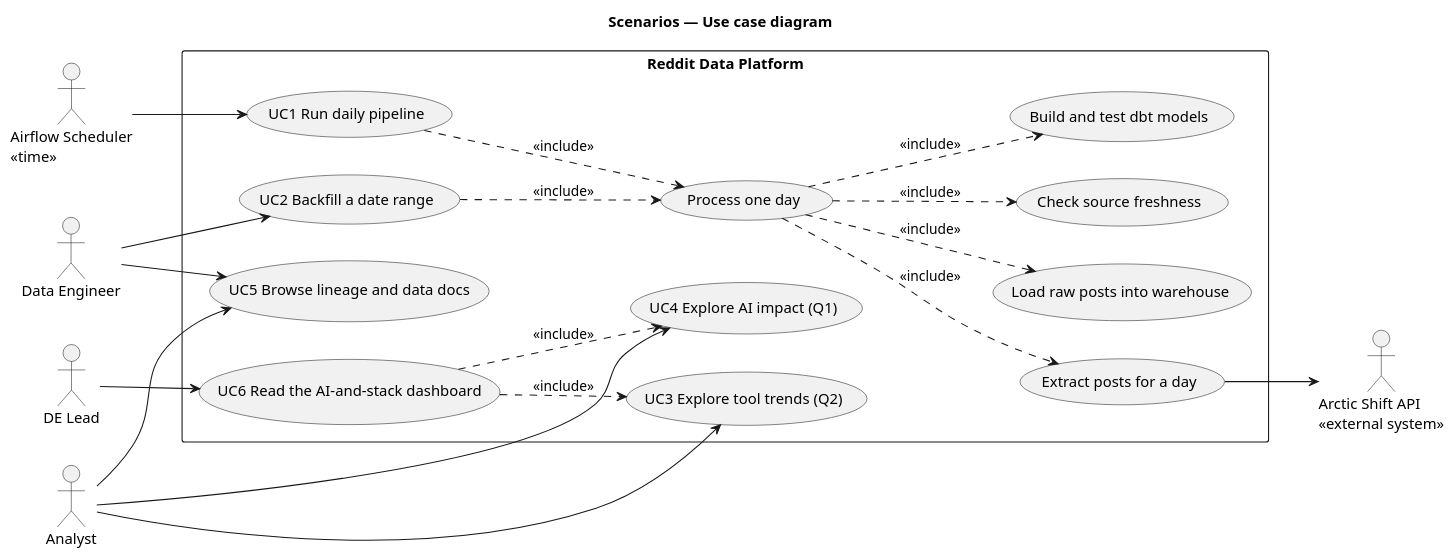
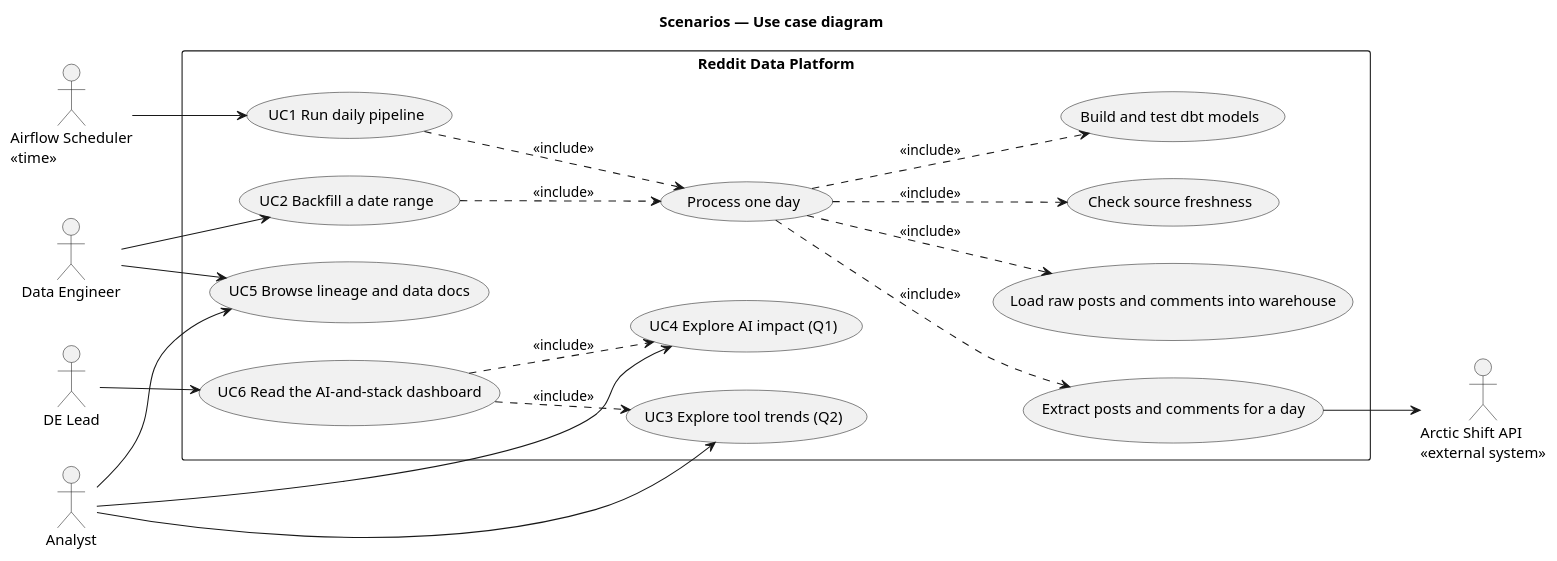
The diagram in docs/architecture/diagrams/use-case.puml (modsomjeed/reddit-dataeng), drawn with PlantUML before and after one commit. The commit also changed 14 other files, not shown here.

Commit message:
docs(architecture): add comments to the 4+1 views

```diff
--- a/docs/architecture/diagrams/use-case.puml
+++ b/docs/architecture/diagrams/use-case.puml
@@ -1,45 +1,45 @@
 @startuml use-case
 title Scenarios — Use case diagram
 left to right direction
 skinparam packageStyle rectangle
 skinparam shadowing false
 
 actor "Data Engineer" as de
 actor "Analyst" as analyst
 actor "DE Lead" as lead
 actor "Airflow Scheduler\n<<time>>" as scheduler
 actor "Arctic Shift API\n<<external system>>" as arctic
 
 rectangle "Reddit Data Platform" {
   usecase "UC1 Run daily pipeline" as uc1
   usecase "UC2 Backfill a date range" as uc2
   usecase "Process one day" as ucDay
-  usecase "Extract posts for a day" as ucExtract
-  usecase "Load raw posts into warehouse" as ucLoad
+  usecase "Extract posts and comments for a day" as ucExtract
+  usecase "Load raw posts and comments into warehouse" as ucLoad
   usecase "Check source freshness" as ucFresh
   usecase "Build and test dbt models" as ucBuild
   usecase "UC3 Explore tool trends (Q2)" as uc3
   usecase "UC4 Explore AI impact (Q1)" as uc4
   usecase "UC5 Browse lineage and data docs" as uc5
   usecase "UC6 Read the AI-and-stack dashboard" as uc6
 }
 
 scheduler --> uc1
 de --> uc2
 de --> uc5
 analyst --> uc3
 analyst --> uc4
 analyst --> uc5
 lead --> uc6
 
 uc1 ..> ucDay : <<include>>
 uc2 ..> ucDay : <<include>>
 ucDay ..> ucExtract : <<include>>
 ucDay ..> ucLoad : <<include>>
 ucDay ..> ucFresh : <<include>>
 ucDay ..> ucBuild : <<include>>
 
 ucExtract --> arctic
 uc6 ..> uc3 : <<include>>
 uc6 ..> uc4 : <<include>>
 @enduml
```
